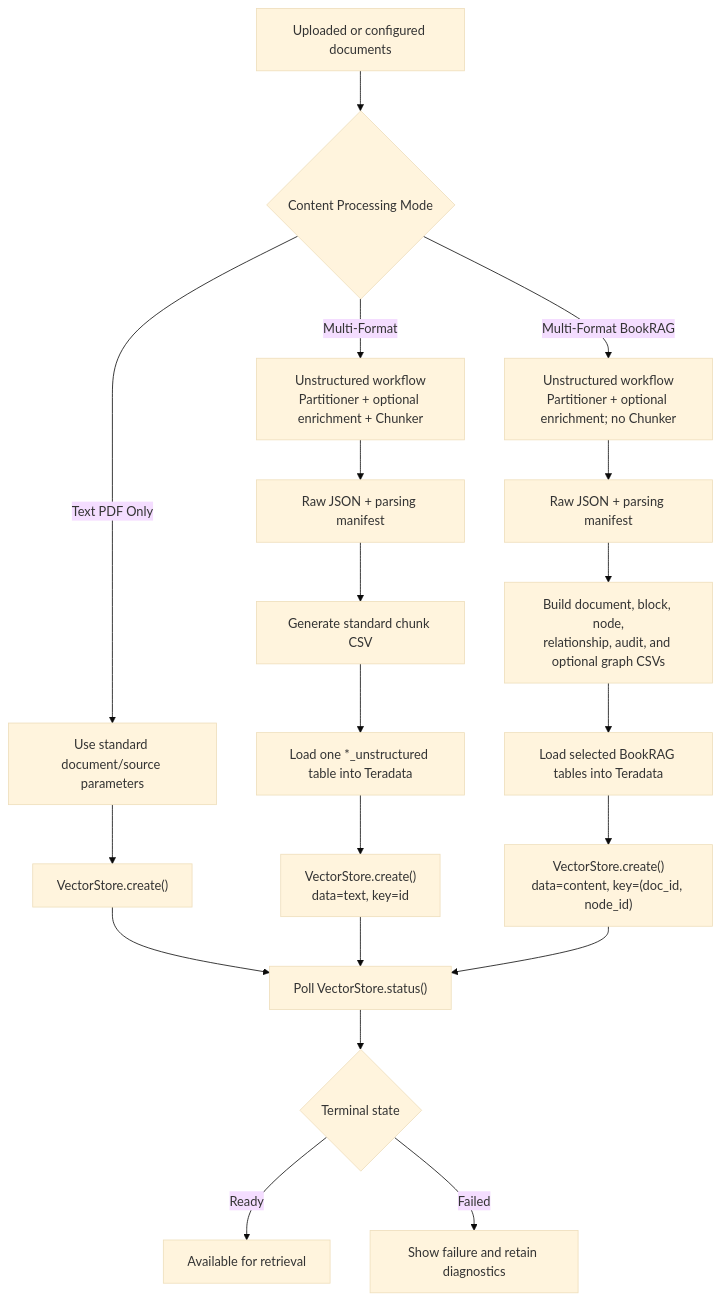
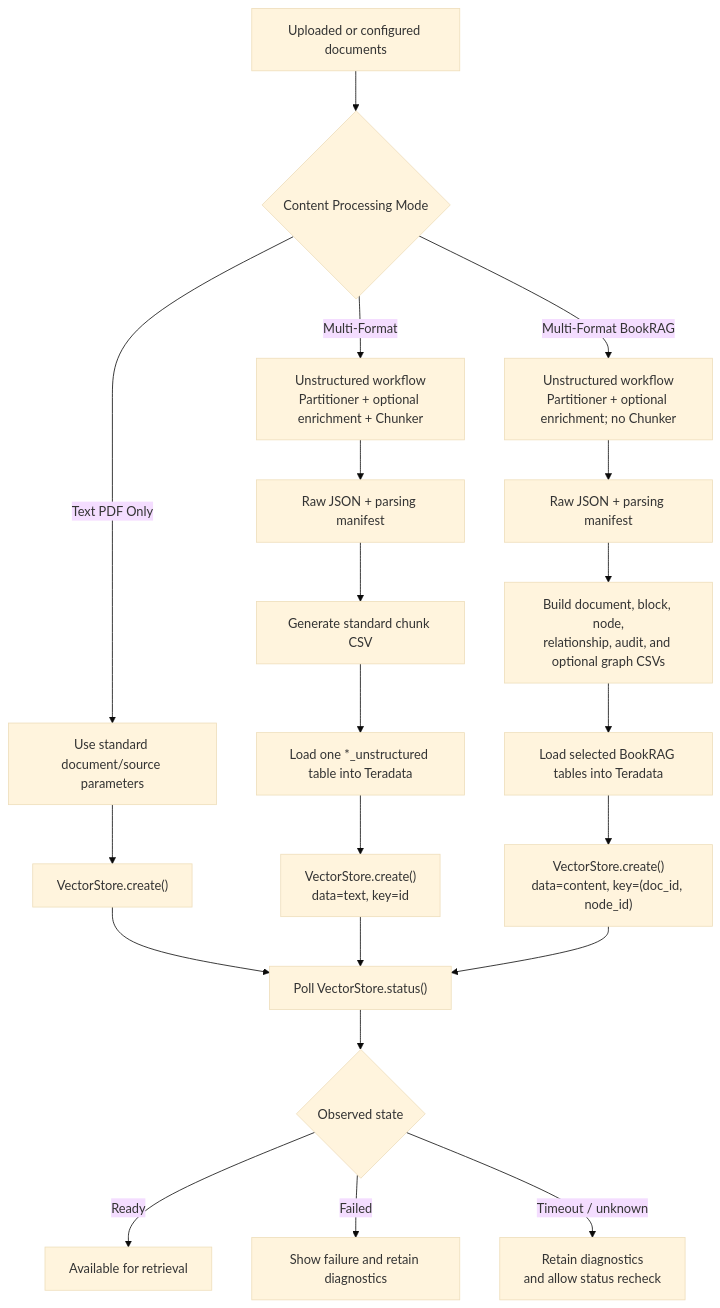
Before and after one commit to xuhaibintd/teradataevsui: the second of 4 diagrams in README.md, drawn with Mermaid (base theme). The commit also changed other lines of this file and 5 other files, not shown here.

Commit message:
Correct and validate architecture diagrams

````diff
--- a/README.md
+++ b/README.md
@@ -306,26 +311,27 @@
 ```mermaid
 flowchart TB
     Upload["Uploaded or configured documents"] --> Mode{"Content Processing Mode"}
 
     Mode -->|"Text PDF Only"| Text["Use standard document/source parameters"]
     Text --> TextCreate["VectorStore.create()"]
 
     Mode -->|"Multi-Format"| MFParse["Unstructured workflow<br/>Partitioner + optional enrichment + Chunker"]
     MFParse --> MFRaw["Raw JSON + parsing manifest"]
     MFRaw --> MFCSV["Generate standard chunk CSV"]
     MFCSV --> MFLoad["Load one *_unstructured table into Teradata"]
     MFLoad --> MFCreate["VectorStore.create()<br/>data=text, key=id"]
 
     Mode -->|"Multi-Format BookRAG"| BRParse["Unstructured workflow<br/>Partitioner + optional enrichment; no Chunker"]
     BRParse --> BRRaw["Raw JSON + parsing manifest"]
     BRRaw --> BRCSV["Build document, block, node,<br/>relationship, audit, and optional graph CSVs"]
     BRCSV --> BRLoad["Load selected BookRAG tables into Teradata"]
     BRLoad --> BRCreate["VectorStore.create()<br/>data=content, key=(doc_id, node_id)"]
 
     TextCreate --> Poll["Poll VectorStore.status()"]
     MFCreate --> Poll
     BRCreate --> Poll
-    Poll --> Terminal{"Terminal state"}
+    Poll --> Terminal{"Observed state"}
     Terminal -->|Ready| Ready["Available for retrieval"]
     Terminal -->|Failed| Failed["Show failure and retain diagnostics"]
+    Terminal -->|Timeout / unknown| Retry["Retain diagnostics<br/>and allow status recheck"]
 ```
````
